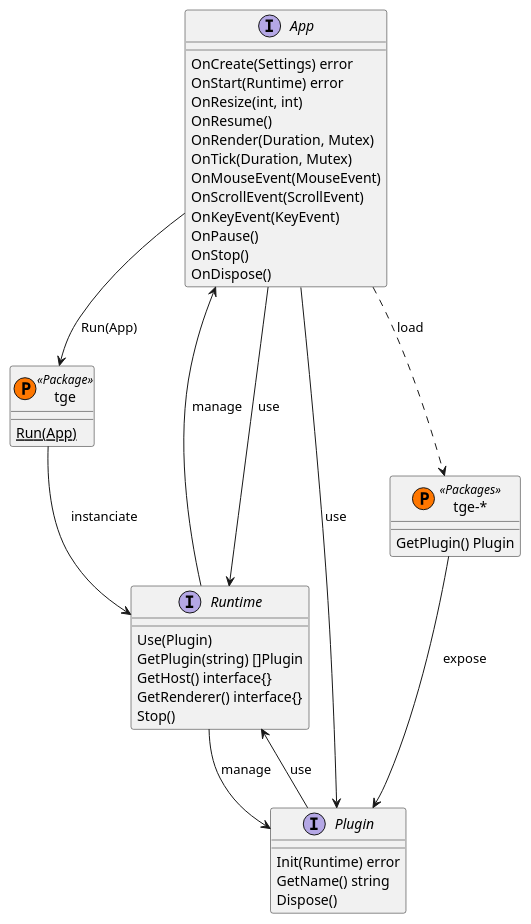
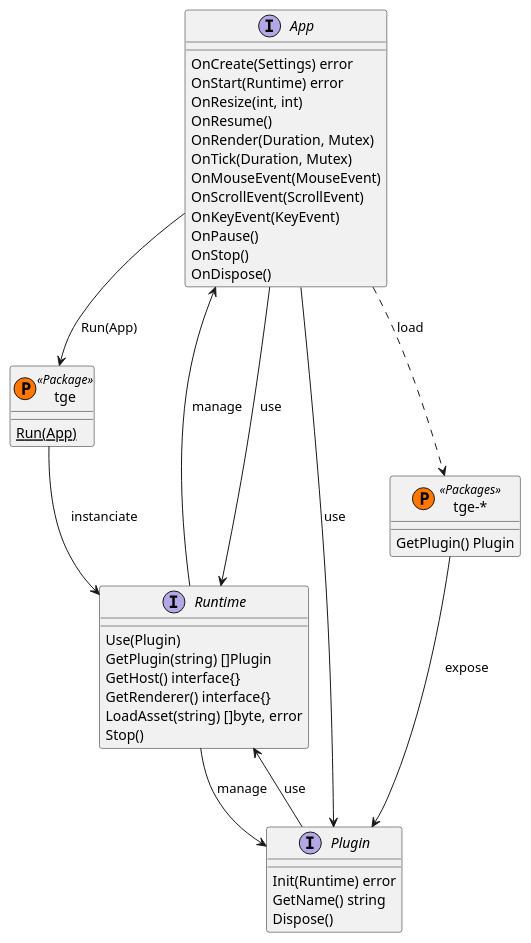
The diagram in specs/api.puml (Thommil/tge), drawn with PlantUML before and after one commit. The commit also changed 4 other files, not shown here.

```diff
--- a/specs/api.puml
+++ b/specs/api.puml
@@ -2,51 +2,52 @@
 @startuml API
 ' Components
 interface App {
     OnCreate(Settings) error
     OnStart(Runtime) error
     OnResize(int, int)
     OnResume()
     OnRender(Duration, Mutex)
     OnTick(Duration, Mutex)
     OnMouseEvent(MouseEvent)
     OnScrollEvent(ScrollEvent)
     OnKeyEvent(KeyEvent)
     OnPause()
     OnStop()
     OnDispose()
 }
 
 class tge << (P,#FF7700) Package >> {
     {static} Run(App)
 }
 
 interface Runtime {
     Use(Plugin)
     GetPlugin(string) []Plugin
     GetHost() interface{}
     GetRenderer() interface{}
+    LoadAsset(string) []byte, error
     Stop()
 }
 
 interface Plugin{    
     Init(Runtime) error
     GetName() string
     Dispose()
 }
 
 class "tge-*" << (P,#FF7700) Packages >> {
     GetPlugin() Plugin
 }
 
 ' Relations
 App --> tge : Run(App)
 tge --> Runtime : instanciate
 App <-- Runtime : manage
 App --> Runtime : use
 App --> Plugin : use
 Runtime --> Plugin : manage
 Plugin --> Runtime  : use
 "tge-*" --> Plugin : expose
 App ..> "tge-*" : load
 
 @enduml
```
